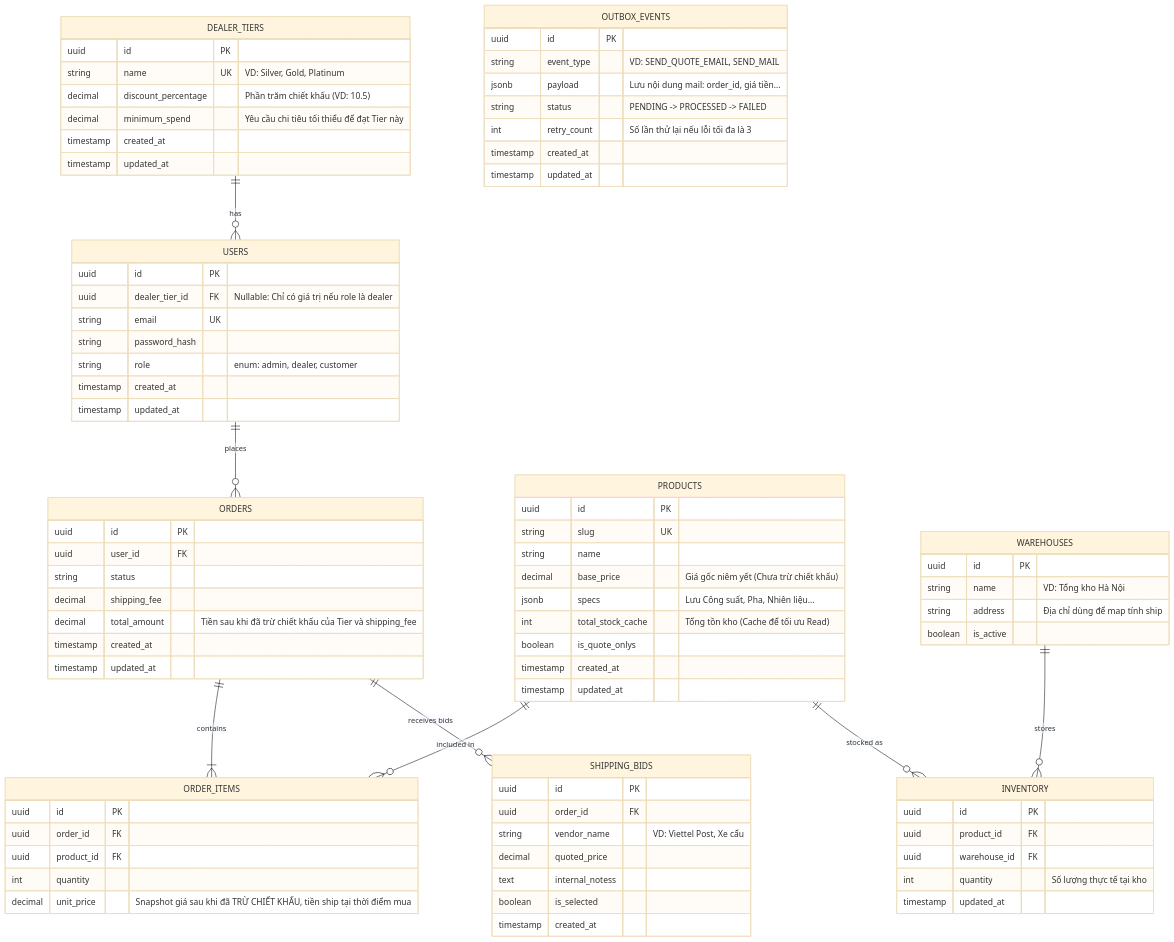
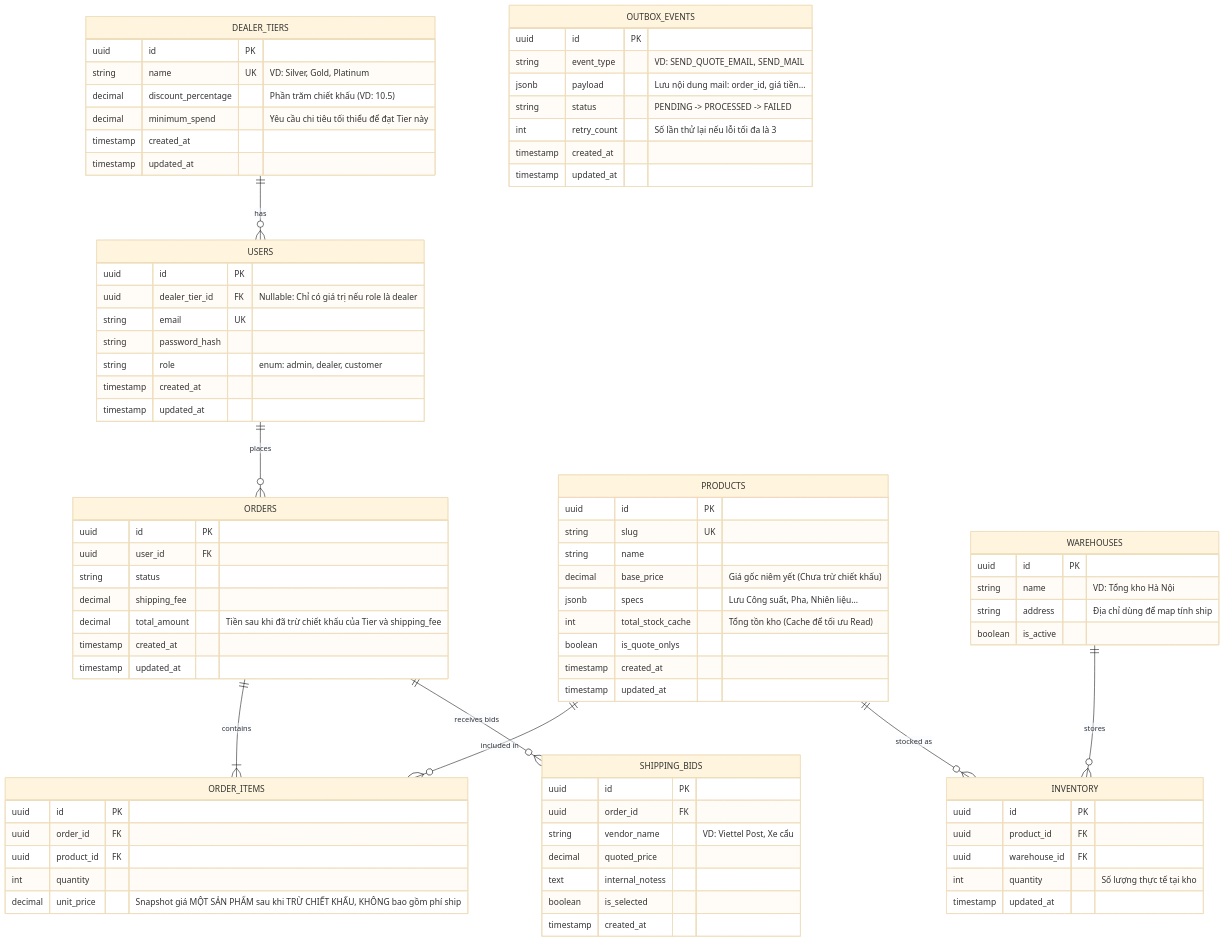
Before and after one commit to ngxccc/hyundai-ecommerce: the diagram in docs/03-database-schema.md, drawn with Mermaid (base theme).

Commit message:
fix(docs/03-database-schema.md): Clarify unit_price description in database schema

```diff
--- a/docs/03-database-schema.md
+++ b/docs/03-database-schema.md
@@ -79,7 +79,7 @@
     uuid order_id FK
     uuid product_id FK
     int quantity
-    decimal unit_price "Snapshot giá sau khi đã TRỪ CHIẾT KHẤU, tiền ship tại thời điểm mua"
+    decimal unit_price "Snapshot giá MỘT SẢN PHẨM sau khi TRỪ CHIẾT KHẤU, KHÔNG bao gồm phí ship"
   }
 
   SHIPPING_BIDS {
```
